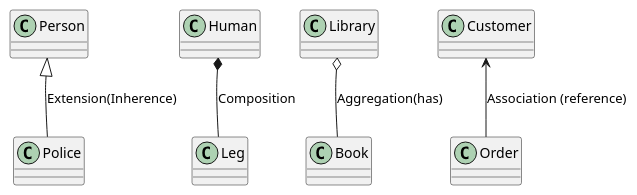
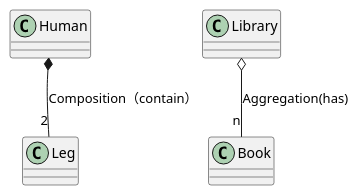
The third of 8 diagrams in designpattern/JavaDesignPattern.md (codragonzuo/studynotes), drawn with PlantUML before and after one commit. The commit also changed other lines of this file, not shown here.

````diff
--- a/designpattern/JavaDesignPattern.md
+++ b/designpattern/JavaDesignPattern.md
@@ -4,8 +20,6 @@
 ```puml
 @startuml
-Person  <|-- Police : Extension(Inherence)
-Human    *-- Leg    : Composition 
-Library  o-- Book   : Aggregation(has)
-Customer <-- Order  :Association (reference)
+Human    *-- "2" Leg    : Composition（contain）
+Library  o-- "n" Book   : Aggregation(has)
 @enduml
 ```
````
